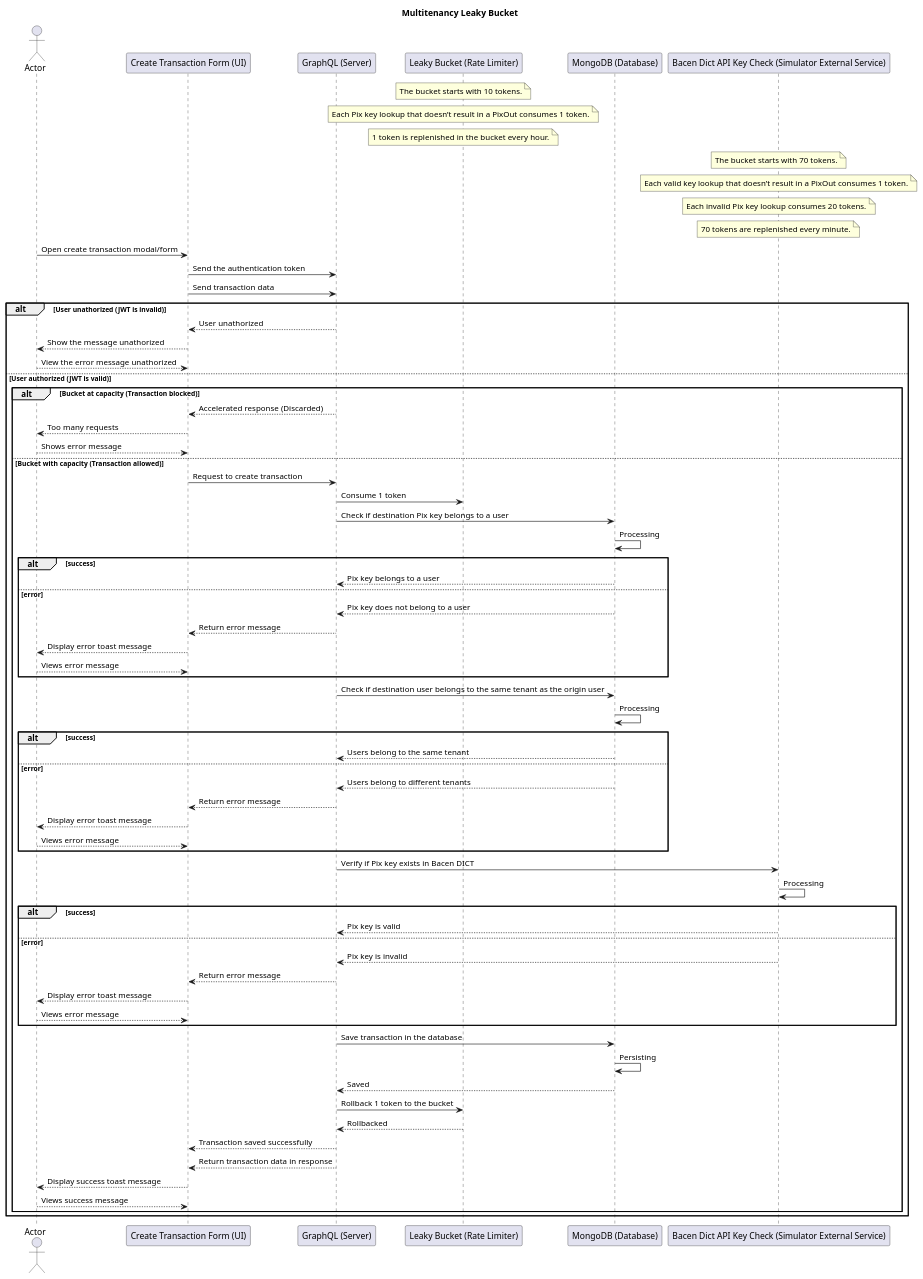
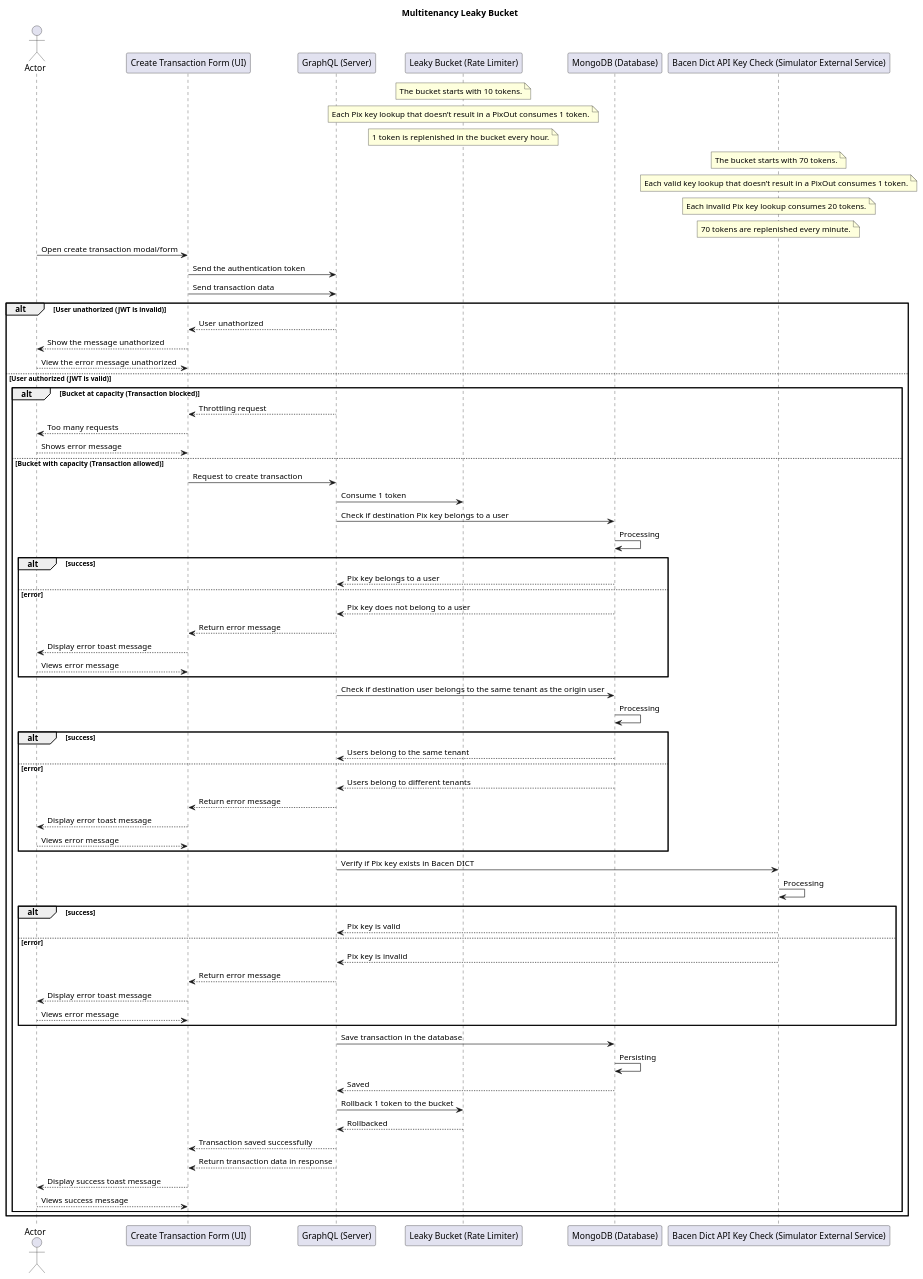
Before and after one commit to HallexCosta/woovi-fullstack-challenger: the diagram in docs/diagrams/en-US/multitenancy-leaky-bucket-sequence-diagram.plantuml, drawn with PlantUML. The commit also changed 3 other files, not shown here.

Commit message:
docs: change "accelerated" to "throttling"

```diff
--- a/docs/diagrams/en-US/multitenancy-leaky-bucket-sequence-diagram.plantuml
+++ b/docs/diagrams/en-US/multitenancy-leaky-bucket-sequence-diagram.plantuml
@@ -1,81 +1,81 @@
 @startuml LeakyBucket
 actor "Actor"
 title Multitenancy Leaky Bucket
 
 participant "Create Transaction Form (UI)" as CreateTransactionForm
 participant "GraphQL (Server)" as GraphQLServer
 participant "Leaky Bucket (Rate Limiter)" as LeakyBucket
 participant "MongoDB (Database)" as MongoDB
 participant "Bacen Dict API Key Check (Simulator External Service)" as BacenDictAPIKeyCheck
 
 note over LeakyBucket: The bucket starts with 10 tokens.
 note over LeakyBucket: Each Pix key lookup that doesn’t result in a PixOut consumes 1 token.
 note over LeakyBucket: 1 token is replenished in the bucket every hour.
 note over BacenDictAPIKeyCheck: The bucket starts with 70 tokens.
 note over BacenDictAPIKeyCheck: Each valid key lookup that doesn’t result in a PixOut consumes 1 token.
 note over BacenDictAPIKeyCheck: Each invalid Pix key lookup consumes 20 tokens.
 note over BacenDictAPIKeyCheck: 70 tokens are replenished every minute.
 
 "Actor"-> CreateTransactionForm: Open create transaction modal/form
 CreateTransactionForm -> GraphQLServer: Send the authentication token
 CreateTransactionForm -> GraphQLServer: Send transaction data
 
 alt User unathorized (JWT is invalid)
   CreateTransactionForm <-- GraphQLServer: User unathorized
   "Actor" <-- CreateTransactionForm: Show the message unathorized
   return View the error message unathorized
 else User authorized (JWT is valid)
   alt Bucket at capacity (Transaction blocked)
-    CreateTransactionForm <-- GraphQLServer: Accelerated response (Discarded)
+    CreateTransactionForm <-- GraphQLServer: Throttling request
     "Actor" <-- CreateTransactionForm: Too many requests
     return Shows error message
   else Bucket with capacity (Transaction allowed)
     CreateTransactionForm -> GraphQLServer: Request to create transaction
     GraphQLServer -> LeakyBucket: Consume 1 token
 
     GraphQLServer -> MongoDB: Check if destination Pix key belongs to a user
     MongoDB -> MongoDB: Processing
     alt success
       GraphQLServer<-- MongoDB: Pix key belongs to a user
     else error
       GraphQLServer<-- MongoDB: Pix key does not belong to a user
       CreateTransactionForm<-- GraphQLServer: Return error message
       "Actor" <-- CreateTransactionForm: Display error toast message
       return Views error message
     end
 
     GraphQLServer-> MongoDB: Check if destination user belongs to the same tenant as the origin user
     MongoDB -> MongoDB: Processing
     alt success
       GraphQLServer <-- MongoDB: Users belong to the same tenant
     else error
       GraphQLServer<-- MongoDB: Users belong to different tenants
       CreateTransactionForm<-- GraphQLServer: Return error message
       "Actor" <-- CreateTransactionForm: Display error toast message
       return Views error message
     end
 
     GraphQLServer -> BacenDictAPIKeyCheck: Verify if Pix key exists in Bacen DICT
     BacenDictAPIKeyCheck-> BacenDictAPIKeyCheck: Processing
     alt success
       GraphQLServer<-- BacenDictAPIKeyCheck: Pix key is valid
     else error
       GraphQLServer<-- BacenDictAPIKeyCheck: Pix key is invalid
       CreateTransactionForm<-- GraphQLServer: Return error message
       "Actor" <-- CreateTransactionForm: Display error toast message
       return Views error message
     end
 
     GraphQLServer -> MongoDB: Save transaction in the database
     MongoDB -> MongoDB: Persisting
     GraphQLServer <-- MongoDB: Saved
     GraphQLServer -> LeakyBucket: Rollback 1 token to the bucket
     GraphQLServer <-- LeakyBucket: Rollbacked
 
     CreateTransactionForm <--GraphQLServer: Transaction saved successfully
     CreateTransactionForm <--GraphQLServer: Return transaction data in response
     "Actor" <--CreateTransactionForm: Display success toast message
     return Views success message
   end
 end
 @enduml
```
